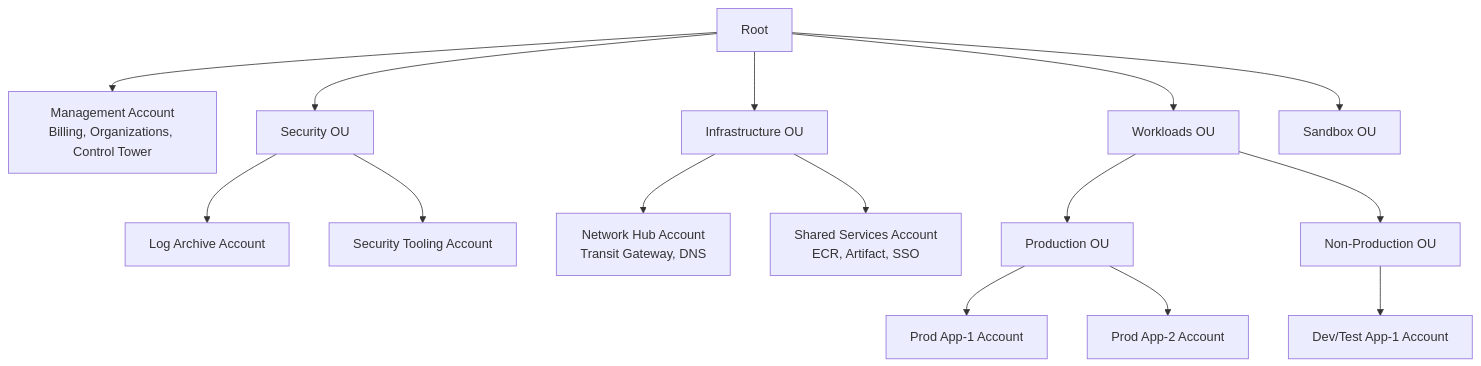
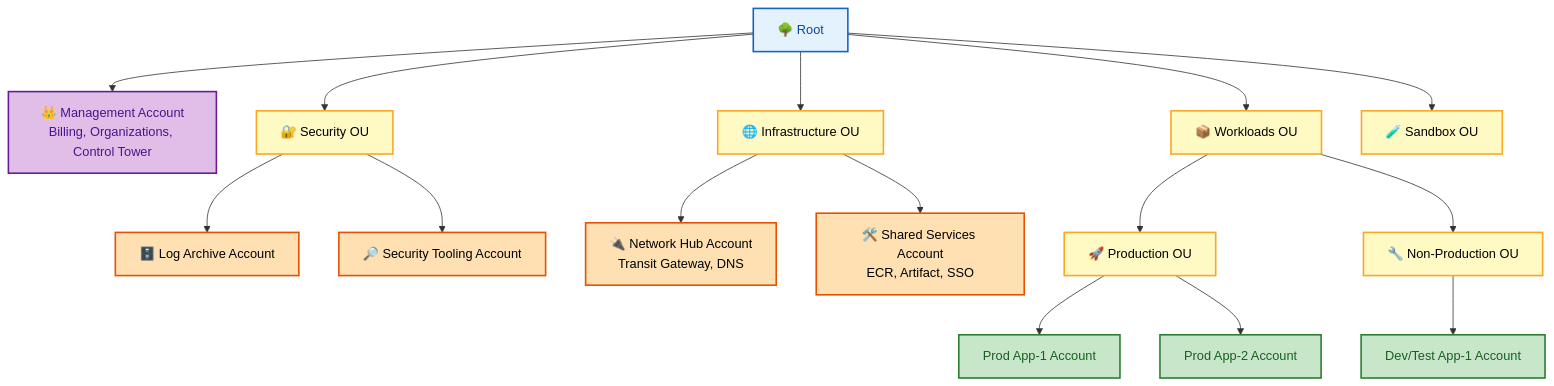
The seventh of 9 diagrams in aws/01-FUNDAMENTALS.md (rakesh-budde/devops-guide), drawn with Mermaid before and after one commit. The commit also changed other lines of this file and 73 other files, not shown here.

````diff
--- a/aws/01-FUNDAMENTALS.md
+++ b/aws/01-FUNDAMENTALS.md
@@ -347,21 +493,34 @@
 ```mermaid
-graph TD
-    Root[Root] --> ManagementAcct[Management Account<br/>Billing, Organizations, Control Tower]
-    Root --> SecurityOU[Security OU]
-    Root --> InfraOU[Infrastructure OU]
-    Root --> WorkloadsOU[Workloads OU]
-    Root --> SandboxOU[Sandbox OU]
-    
-    SecurityOU --> LogArchive[Log Archive Account]
-    SecurityOU --> SecurityAudit[Security Tooling Account]
-    
-    InfraOU --> NetworkHub[Network Hub Account<br/>Transit Gateway, DNS]
-    InfraOU --> SharedServices[Shared Services Account<br/>ECR, Artifact, SSO]
-    
-    WorkloadsOU --> ProdOU[Production OU]
-    WorkloadsOU --> NonProdOU[Non-Production OU]
-    
-    ProdOU --> ProdApp1[Prod App-1 Account]
-    ProdOU --> ProdApp2[Prod App-2 Account]
-    NonProdOU --> DevApp1[Dev/Test App-1 Account]
+flowchart TD
+    Root["🌳 Root"] --> ManagementAcct["👑 Management Account<br/>Billing, Organizations, Control Tower"]
+    Root --> SecurityOU["🔐 Security OU"]
+    Root --> InfraOU["🌐 Infrastructure OU"]
+    Root --> WorkloadsOU["📦 Workloads OU"]
+    Root --> SandboxOU["🧪 Sandbox OU"]
+
+    SecurityOU --> LogArchive["🗄️ Log Archive Account"]
+    SecurityOU --> SecurityAudit["🔎 Security Tooling Account"]
+
+    InfraOU --> NetworkHub["🔌 Network Hub Account<br/>Transit Gateway, DNS"]
+    InfraOU --> SharedServices["🛠️ Shared Services Account<br/>ECR, Artifact, SSO"]
+
+    WorkloadsOU --> ProdOU["🚀 Production OU"]
+    WorkloadsOU --> NonProdOU["🔧 Non-Production OU"]
+
+    ProdOU --> ProdApp1["Prod App-1 Account"]
+    ProdOU --> ProdApp2["Prod App-2 Account"]
+    NonProdOU --> DevApp1["Dev/Test App-1 Account"]
+
+    classDef start fill:#e3f2fd,stroke:#1565c0,color:#0d47a1,stroke-width:2px;
+    classDef proc fill:#fff9c4,stroke:#f9a825,color:#000,stroke-width:2px;
+    classDef good fill:#c8e6c9,stroke:#2e7d32,color:#1b5e20,stroke-width:2px;
+    classDef bad fill:#ffcdd2,stroke:#c62828,color:#b71c1c,stroke-width:2px;
+    classDef ctrl fill:#e1bee7,stroke:#6a1b9a,color:#4a148c,stroke-width:2px;
+    classDef store fill:#ffe0b2,stroke:#e65100,color:#000,stroke-width:2px;
+
+    class Root start;
+    class ManagementAcct ctrl;
+    class SecurityOU,InfraOU,WorkloadsOU,SandboxOU,ProdOU,NonProdOU proc;
+    class LogArchive,SecurityAudit,NetworkHub,SharedServices store;
+    class ProdApp1,ProdApp2,DevApp1 good;
 ```
````
